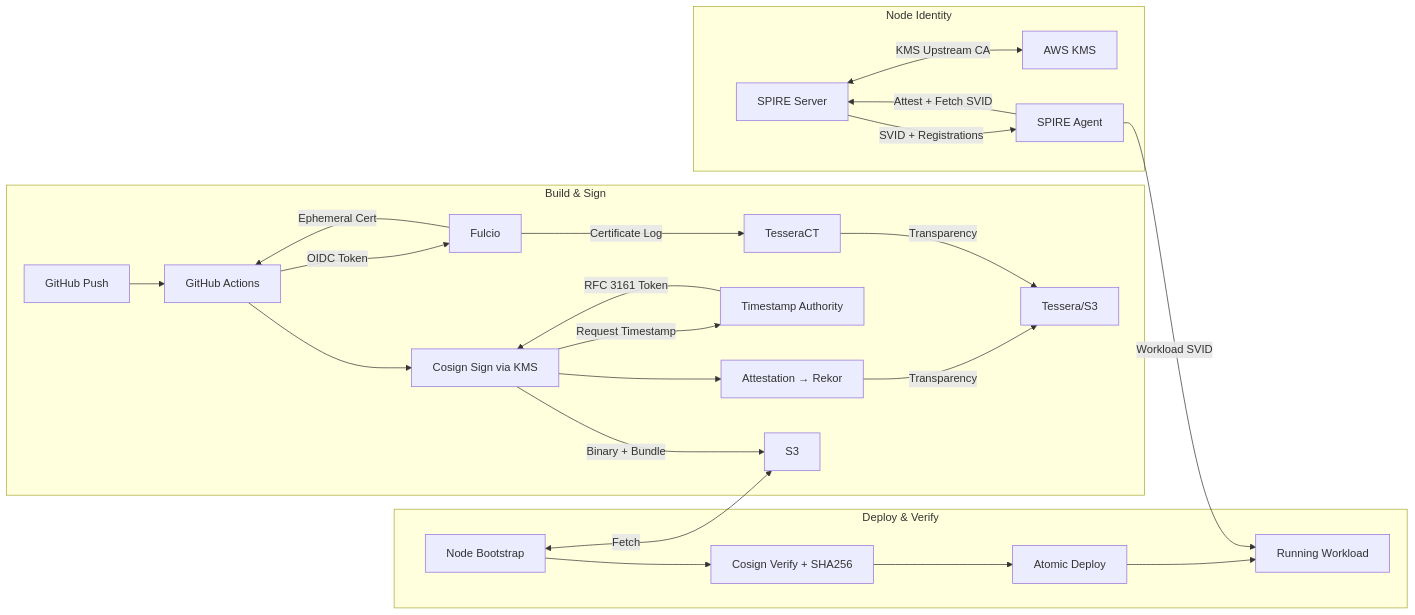
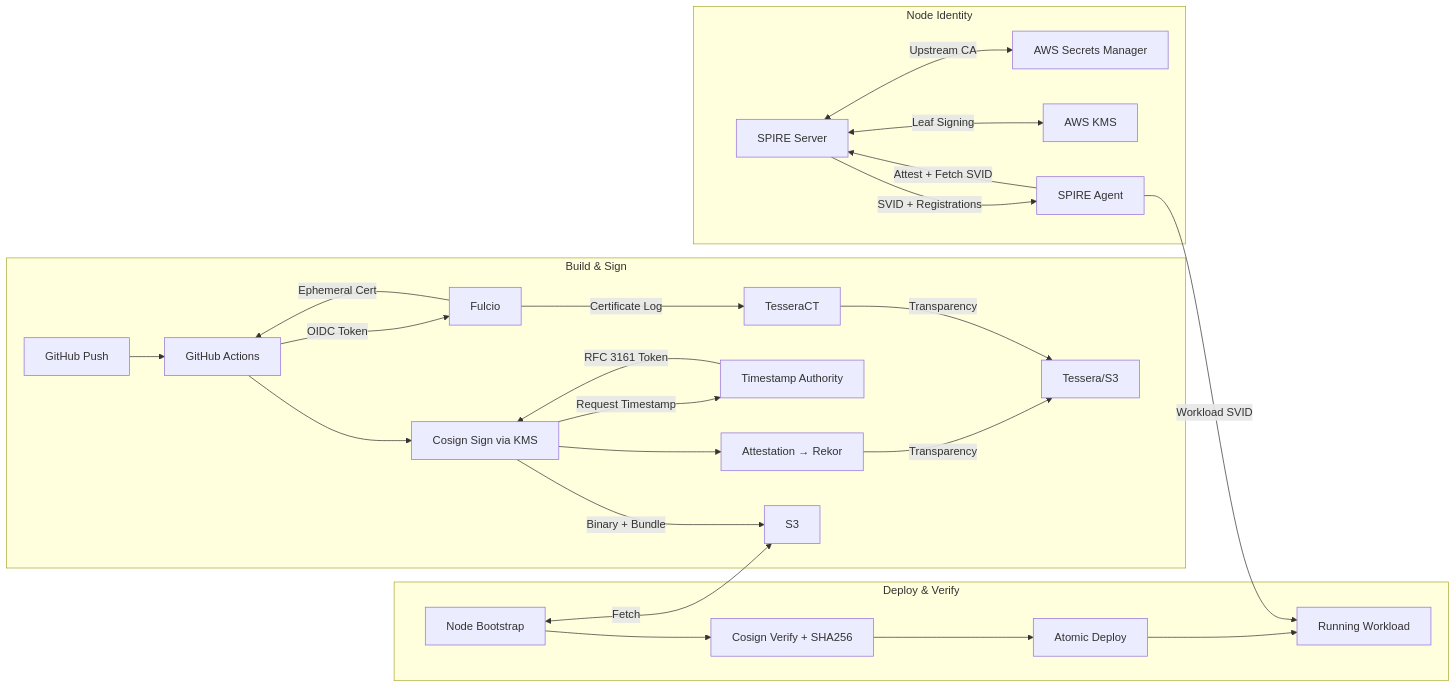
The first of 2 diagrams in README.md (keithlinneman/deploy-bootstrap), drawn with Mermaid before and after one commit.

Commit message:
updat readme to better reflect spire KMS relationship

````diff
--- a/README.md
+++ b/README.md
@@ -37,30 +37,31 @@
 ```mermaid
 graph LR
     subgraph "Build & Sign"
         A[GitHub Push] --> B[GitHub Actions]
         B -->|OIDC Token| M[Fulcio]
         M -->|Ephemeral Cert| B
         M -->|Certificate Log| CT[TesseraCT]
         B --> C[Cosign Sign via KMS]
         C -->|Request Timestamp| N[Timestamp Authority]
         N -->|RFC 3161 Token| C
         C --> D[Attestation → Rekor]
         C -->|Binary + Bundle| S3[S3]
         D -->|Transparency| O[Tessera/S3]
         CT -->|Transparency| O
     end
 
     subgraph "Deploy & Verify"
         F[Node Bootstrap] <-->|Fetch| S3
         F --> G[Cosign Verify + SHA256]
         G --> H[Atomic Deploy]
         H --> R[Running Workload]
     end
 
     subgraph "Node Identity"
-        J[SPIRE Server] <-->|KMS Upstream CA| L[AWS KMS]
+        J[SPIRE Server] <-->|Upstream CA| SM[AWS Secrets Manager]
+        J[SPIRE Server] <-->|Leaf Signing| L[AWS KMS]
         K[SPIRE Agent] -->|Attest + Fetch SVID| J
         J -->|SVID + Registrations| K
         K -->|Workload SVID| R
     end
 ```
````
